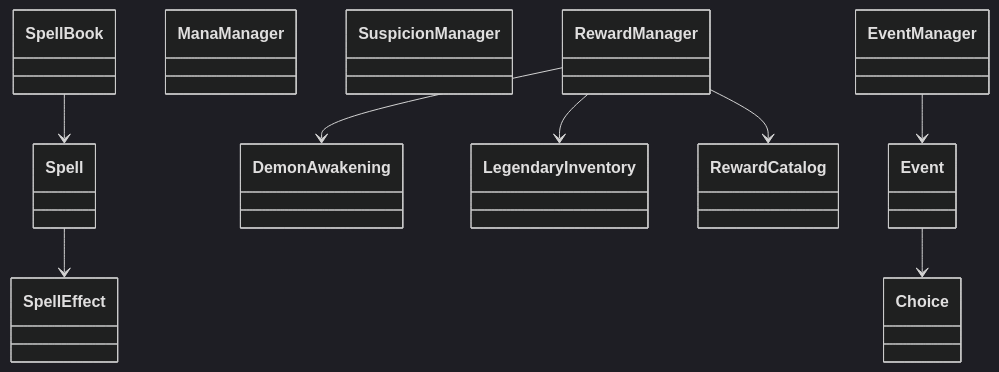
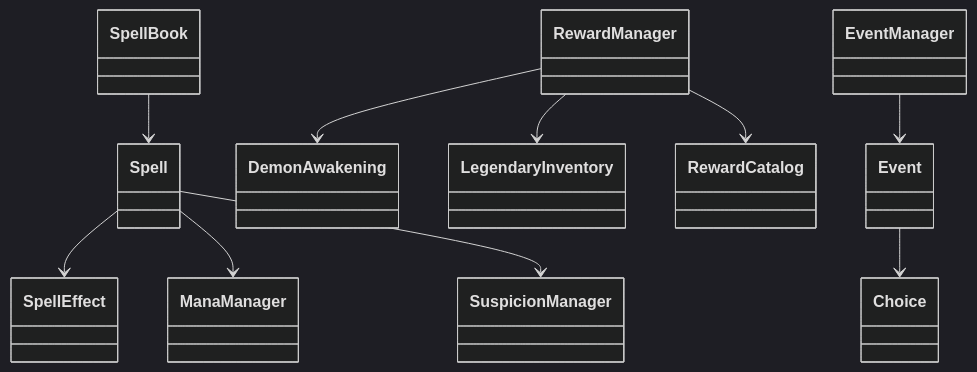
The fifth of 6 diagrams in CLASS_DIAGRAM.md (rlatndud9090/frdy), drawn with Mermaid (dark theme) before and after one commit. The commit also changed other lines of this file, not shown here.

Commit message:
docs(core): 리뷰 반영으로 관계 복원

````diff
--- a/CLASS_DIAGRAM.md
+++ b/CLASS_DIAGRAM.md
@@ -147,26 +147,28 @@
 ```mermaid
 classDiagram
   class Spell
   class SpellBook
   class SpellEffect
   class ManaManager
   class SuspicionManager
 
   class RewardManager
   class DemonAwakening
   class LegendaryInventory
   class RewardCatalog
 
   class EventManager
   class Event
   class Choice
 
   SpellBook --> Spell
   Spell --> SpellEffect
   RewardManager --> RewardCatalog
   RewardManager --> DemonAwakening
   RewardManager --> LegendaryInventory
 
   EventManager --> Event
   Event --> Choice
+  Spell --> ManaManager
+  Spell --> SuspicionManager
 ```
````
